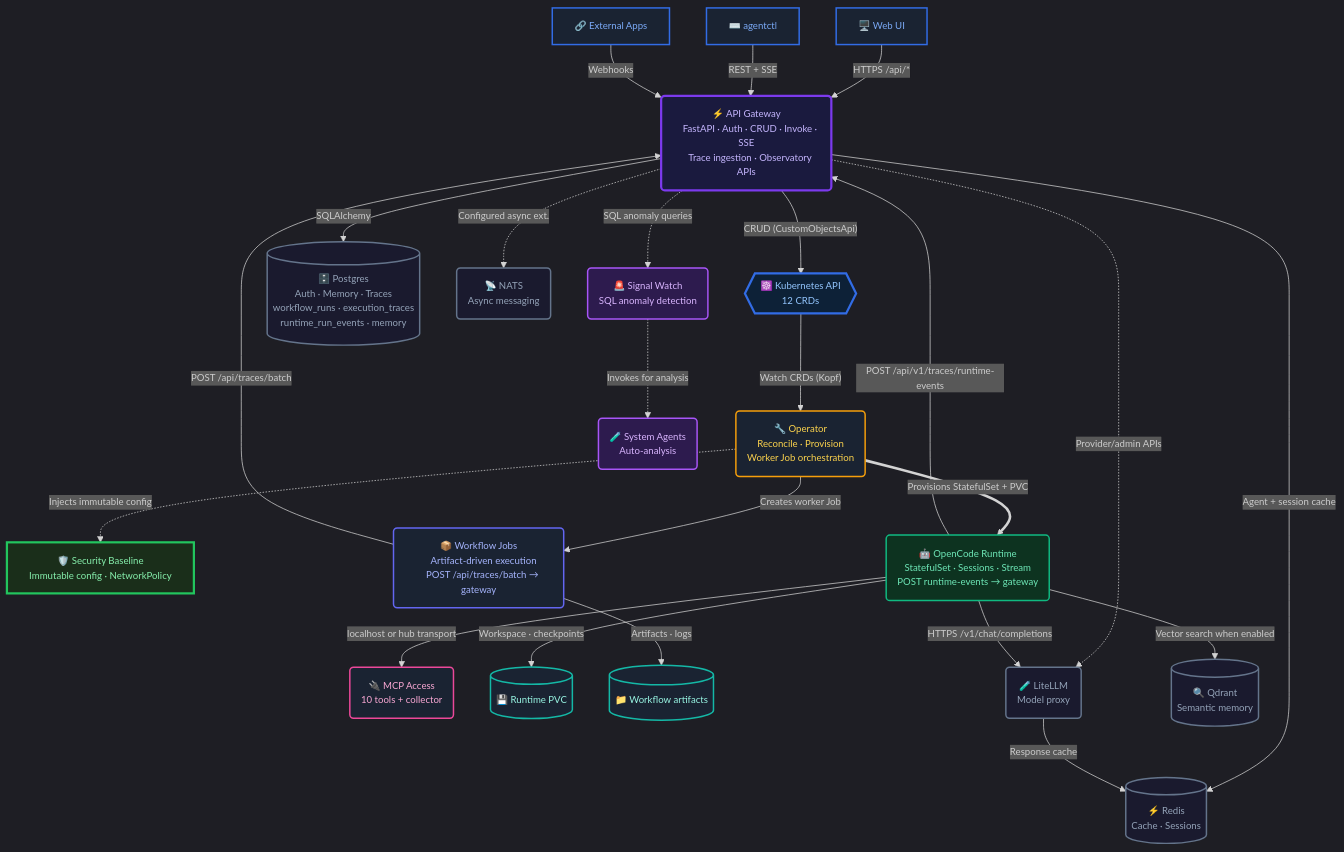
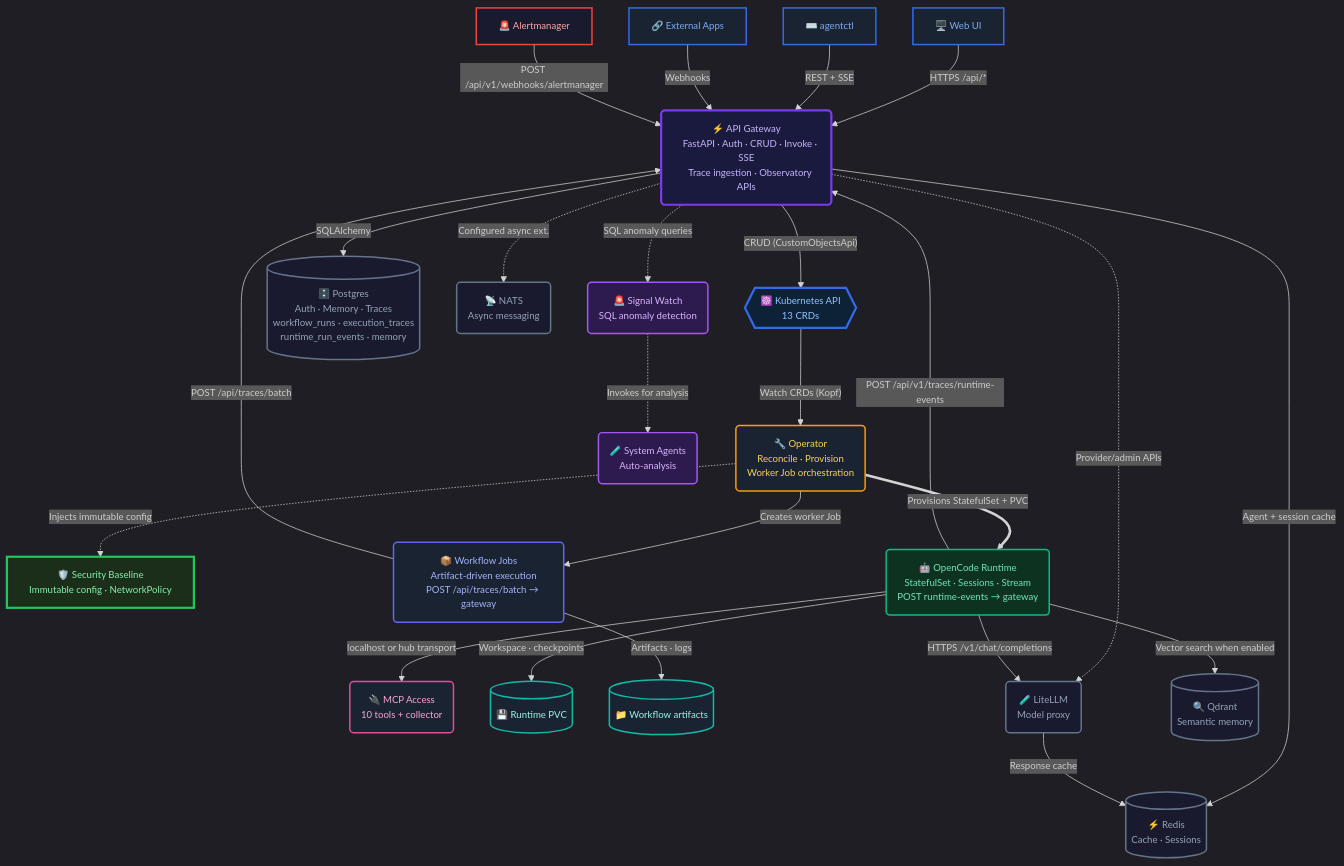
The diagram in README.md (ykbytes/kubesynapse.ai), drawn with Mermaid before and after one commit. The commit also changed other lines of this file and 19 other files, not shown here.

```diff
--- a/README.md
+++ b/README.md
@@ -233,7 +234,9 @@
     Trace ingestion · Observatory APIs"):::g
 
     K8S{{"☸️ Kubernetes API
-    12 CRDs"}}:::k
+    13 CRDs"}}:::k
+
+    AM["🚨 Alertmanager"]:::ext
 
     OP("🔧 Operator
     Reconcile · Provision
@@ -275,6 +278,7 @@
     UI -->|"HTTPS /api/*"| GW
     CLI -->|"REST + SSE"| GW
     EXT -->|"Webhooks"| GW
+    AM -->|"POST /api/v1/webhooks/alertmanager"| GW
     GW -->|"CRUD (CustomObjectsApi)"| K8S
     GW -->|"SQLAlchemy"| PG
     GW -->|"Agent + session cache"| REDIS
@@ -295,6 +299,7 @@
     GW -.->|"SQL anomaly queries"| SIGNAL
     SIGNAL -.->|"Invokes for analysis"| SYS
 
+    classDef ext fill:#1a1a2e,stroke:#ef4444,stroke-width:2px,color:#fca5a5
     classDef c fill:#1a2332,stroke:#326CE5,stroke-width:2px,color:#7baaf7
     classDef g fill:#1a1a3e,stroke:#7c3aed,stroke-width:3px,color:#c4b5fd
     classDef k fill:#0d2137,stroke:#326CE5,stroke-width:3px,color:#93c5fd
```
